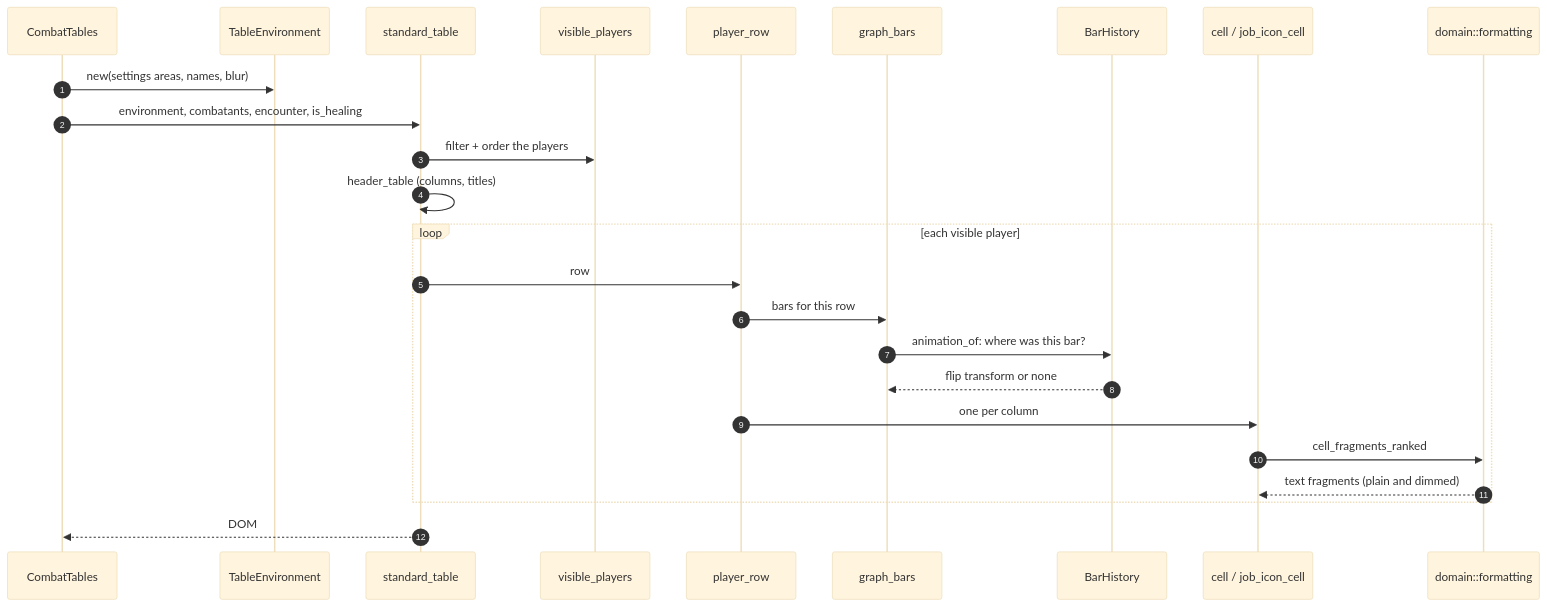
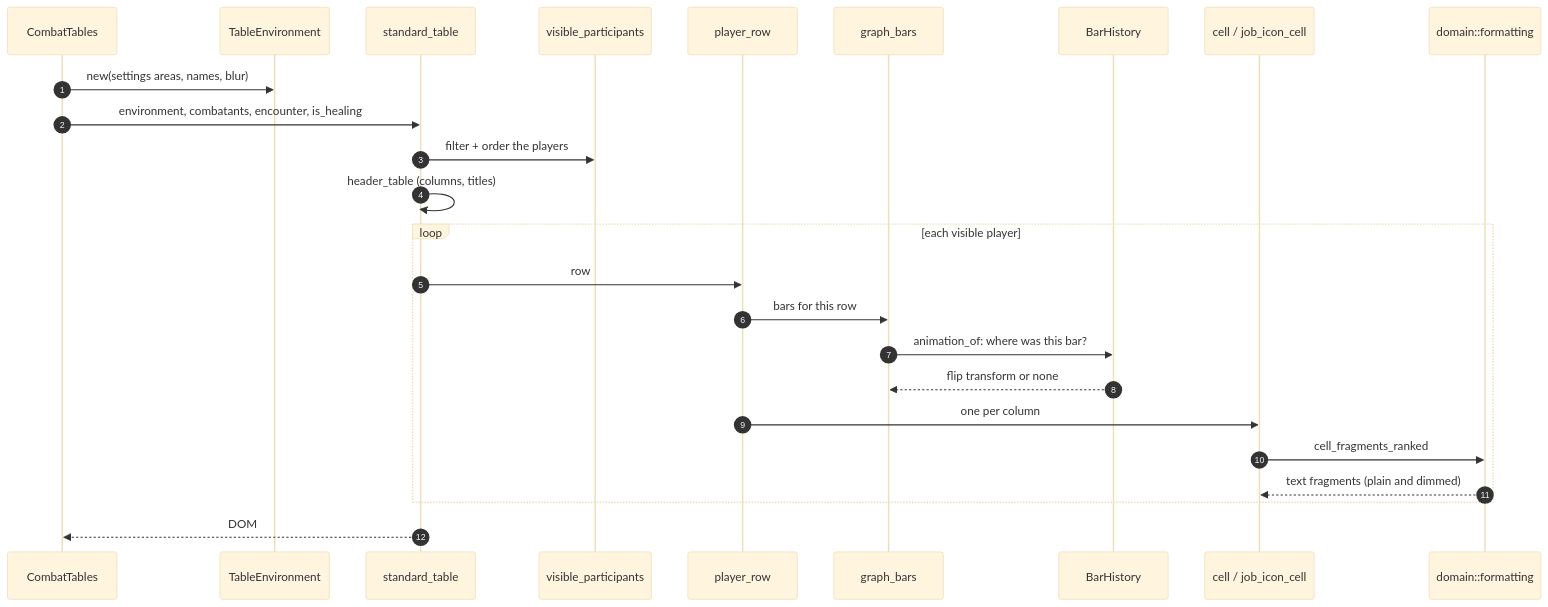
Before and after one commit to vietchinh/mopimopi-rs: the fourth of 20 diagrams in docs/uml/presentation-detailed.md, drawn with Mermaid (base theme). The commit also changed other lines of this file and 55 other files, not shown here.

````diff
--- a/docs/uml/presentation-detailed.md
+++ b/docs/uml/presentation-detailed.md
@@ -134,27 +134,27 @@
 ```mermaid
 sequenceDiagram
   autonumber
   participant CT as CombatTables
   participant TE as TableEnvironment
   participant ST as standard_table
-  participant VP as visible_players
+  participant VP as visible_participants
   participant PR as player_row
   participant GB as graph_bars
   participant BH as BarHistory
   participant Cell as cell / job_icon_cell
   participant Fmt as domain::formatting
   CT->>TE: new(settings areas, names, blur)
   CT->>ST: environment, combatants, encounter, is_healing
   ST->>VP: filter + order the players
   ST->>ST: header_table (columns, titles)
   loop each visible player
     ST->>PR: row
     PR->>GB: bars for this row
     GB->>BH: animation_of: where was this bar?
     BH-->>GB: flip transform or none
     PR->>Cell: one per column
     Cell->>Fmt: cell_fragments_ranked
     Fmt-->>Cell: text fragments (plain and dimmed)
   end
   ST-->>CT: DOM
 ```
````
